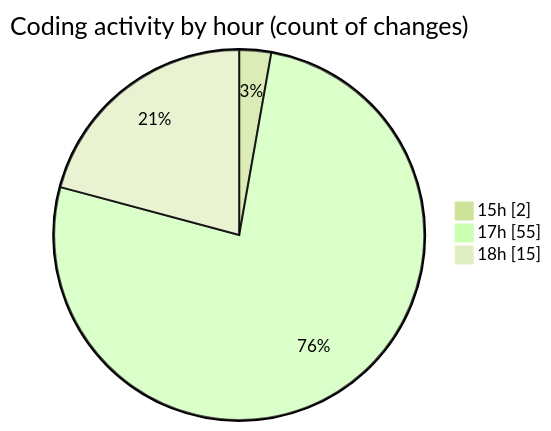
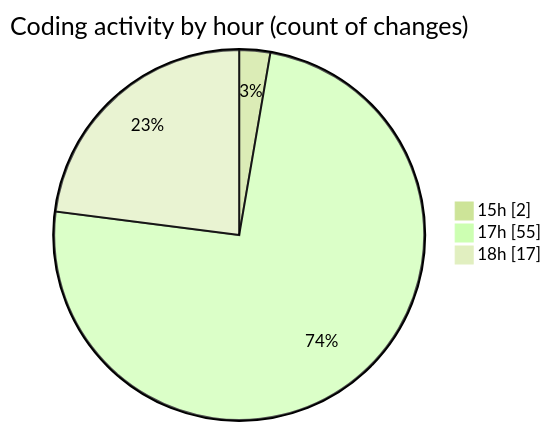
Before and after one commit to momahboobian/code-tracking: the second of 2 diagrams in 2025-05-06/samplepdf/README.md, drawn with Mermaid (forest theme). The commit also changed other lines of this file and 1 other file, not shown here.

````diff
--- a/2025-05-06/samplepdf/README.md
+++ b/2025-05-06/samplepdf/README.md
@@ -47,7 +48,7 @@
 ```mermaid
 pie showData
 title Coding activity by hour (count of changes)
 "15h" : 2
 "17h" : 55
-"18h" : 15
+"18h" : 17
 ```
````
